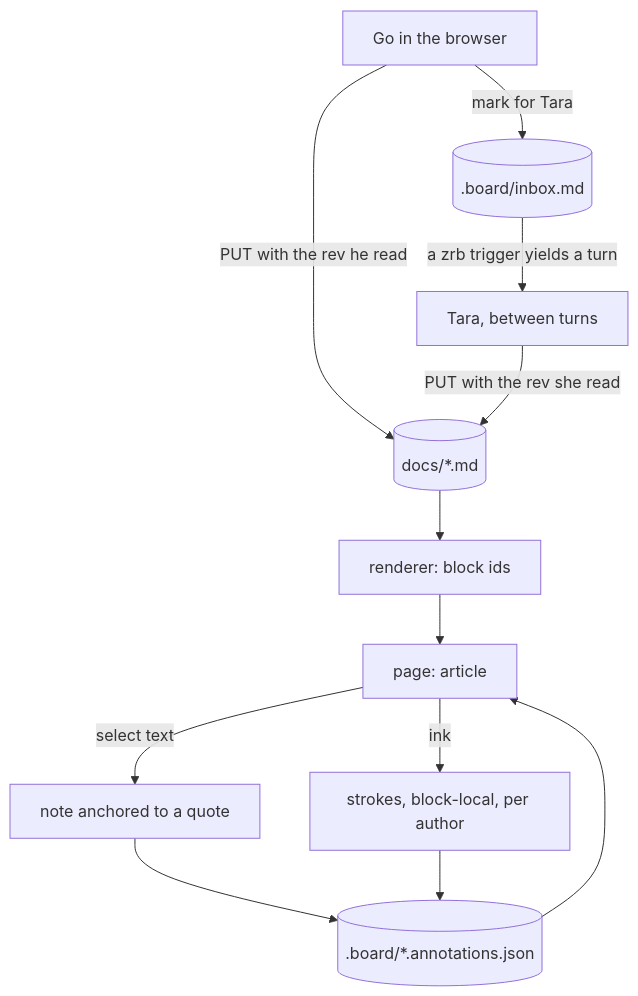
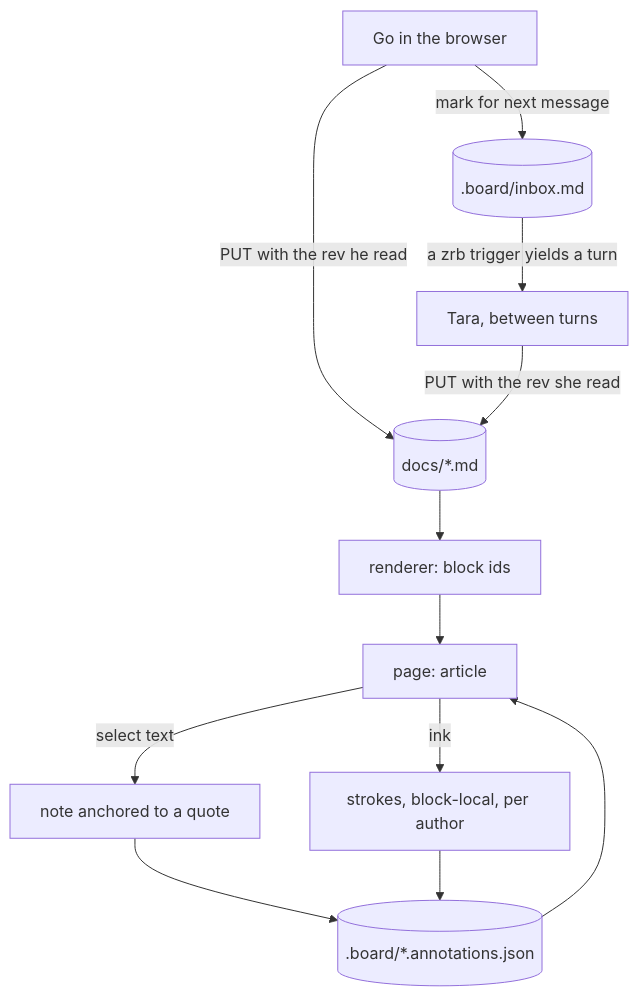
The diagram in docs/architecture.md (state-alchemists/zrb-board), drawn with Mermaid before and after one commit. The commit also changed other lines of this file and 7 other files, not shown here.

````diff
--- a/docs/architecture.md
+++ b/docs/architecture.md
@@ -7,14 +7,14 @@
 ```mermaid
 flowchart TD
   G[Go in the browser] -->|PUT with the rev he read| M[(docs/*.md)]
   T[Tara, between turns] -->|PUT with the rev she read| M
   M --> R[renderer: block ids]
   R --> P[page: article]
   A[(.board/*.annotations.json)] --> P
   P -->|select text| N[note anchored to a quote]
   N --> A
   P -->|ink| K[strokes, block-local, per author]
   K --> A
-  G -->|mark for Tara| I[(.board/inbox.md)]
+  G -->|mark for next message| I[(.board/inbox.md)]
   I -->|a zrb trigger yields a turn| T
 ```
````
